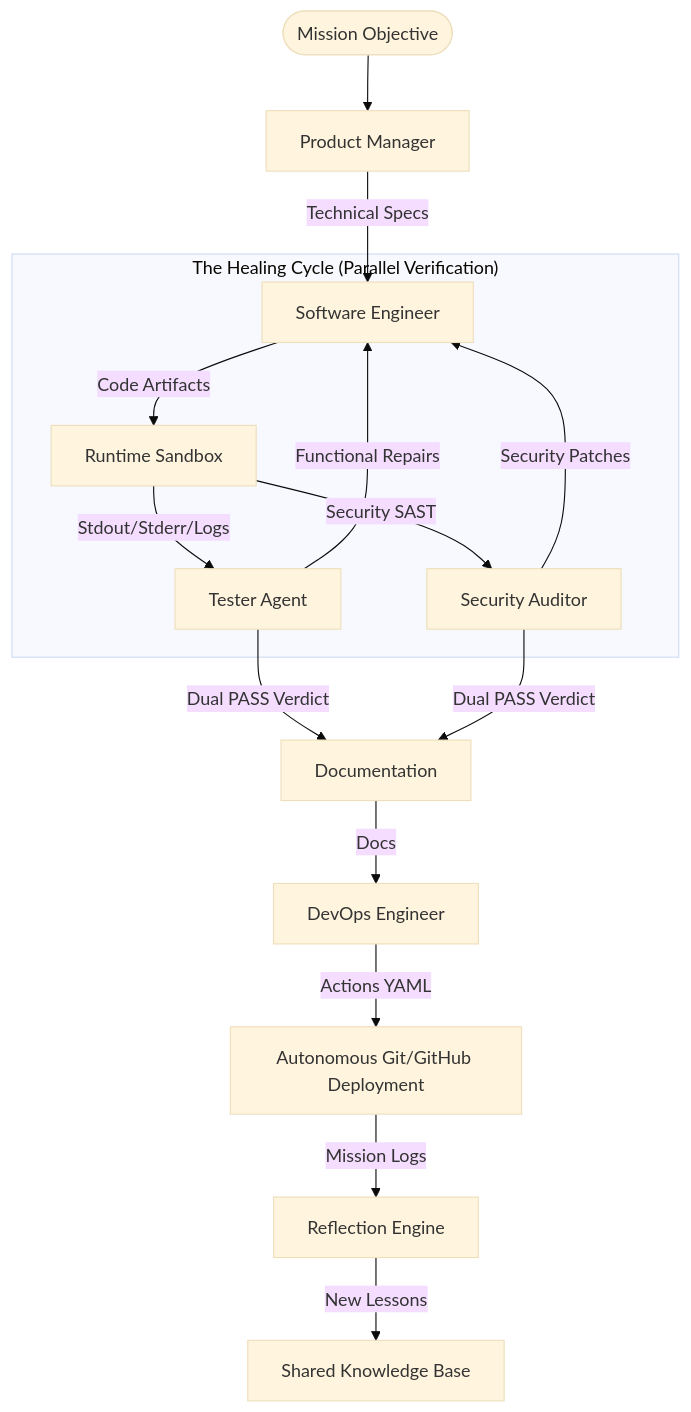
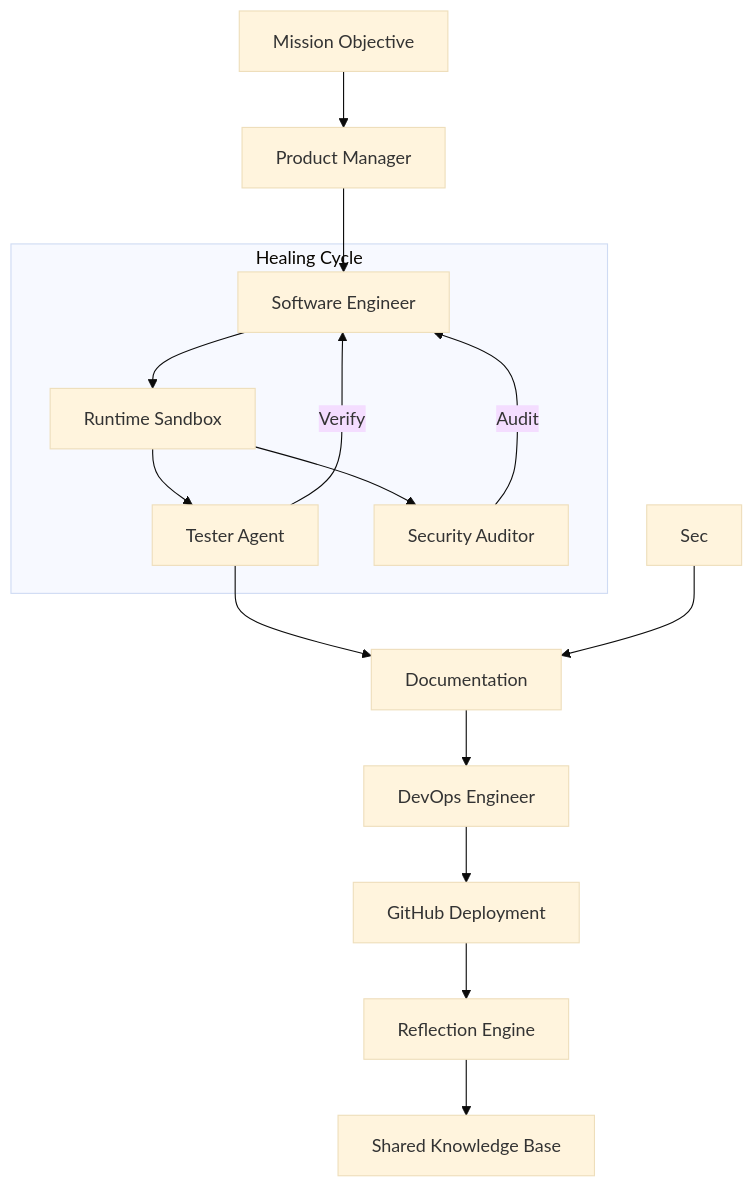
Before and after one commit to shalin-rahman/Synapticity: the first of 2 diagrams in technical_documents/WHITE_PAPER.md, drawn with Mermaid (base theme). The commit also changed other lines of this file and 8 other files, not shown here.

````diff
--- a/technical_documents/WHITE_PAPER.md
+++ b/technical_documents/WHITE_PAPER.md
@@ -23,21 +23,21 @@
 ```mermaid
 graph TD
-    User([Mission Objective]) --> PM[Product Manager]
-    PM -->|Technical Specs| SWE[Software Engineer]
-    
-    subgraph "The Healing Cycle (Parallel Verification)"
-        SWE -->|Code Artifacts| Runner[Runtime Sandbox]
-        Runner -->|Stdout/Stderr/Logs| QA[Tester Agent]
-        Runner -->|Security SAST| Sec[Security Auditor]
-        
-        QA -->|Functional Repairs| SWE
-        Sec -->|Security Patches| SWE
+    User["Mission Objective"] --> PM["Product Manager"]
+    PM --> SWE["Software Engineer"]
+
+    subgraph HEAL ["Healing Cycle"]
+        SWE --> Runner["Runtime Sandbox"]
+        Runner --> QA["Tester Agent"]
+        Runner --> SEC["Security Auditor"]
+        QA -->|Verify| SWE
+        SEC -->|Audit| SWE
     end
-    
-    QA & Sec -->|Dual PASS Verdict| Writer[Documentation]
-    Writer -->|Docs| DevOps[DevOps Engineer]
-    DevOps -->|Actions YAML| Git[Autonomous Git/GitHub Deployment]
-    
-    Git -->|Mission Logs| Reflector[Reflection Engine]
-    Reflector -->|New Lessons| Skills[Shared Knowledge Base]
+
+    QA --> Writer["Documentation"]
+    Sec --> Writer
+    Writer --> DevOps["DevOps Engineer"]
+    DevOps --> Git["GitHub Deployment"]
+
+    Git --> Reflector["Reflection Engine"]
+    Reflector --> Skills["Shared Knowledge Base"]
 ```
````
